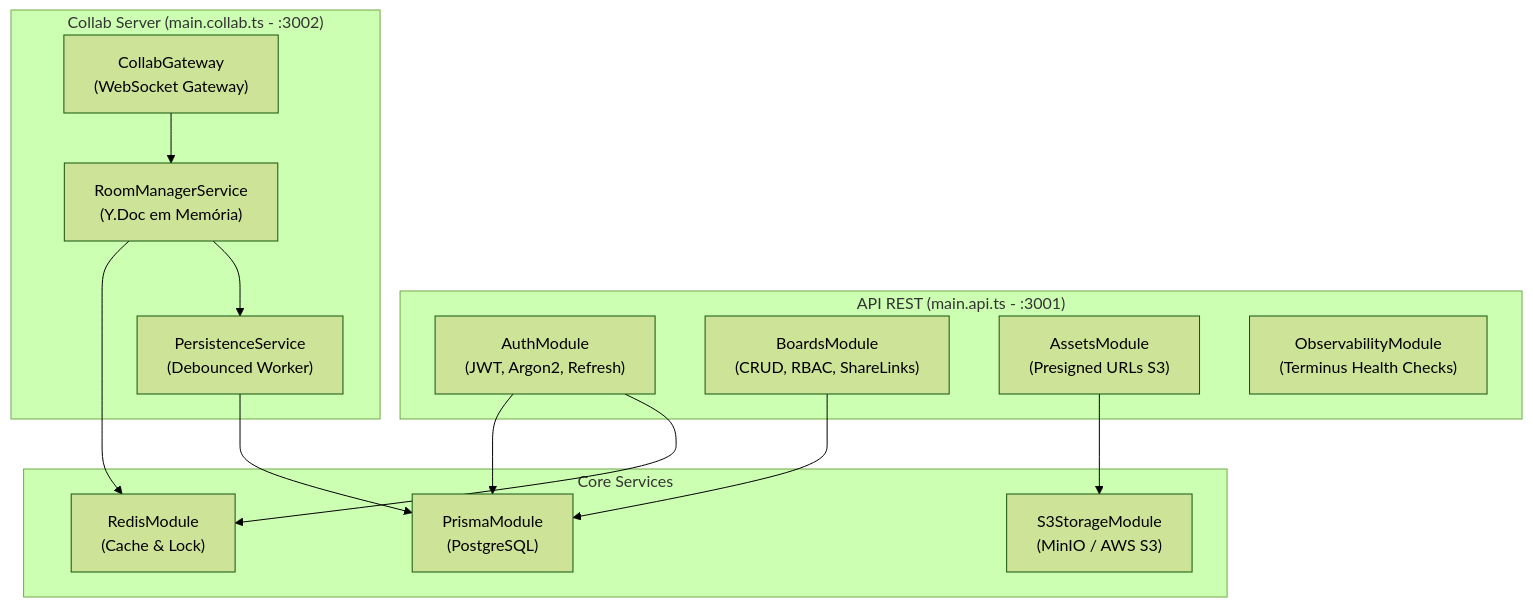
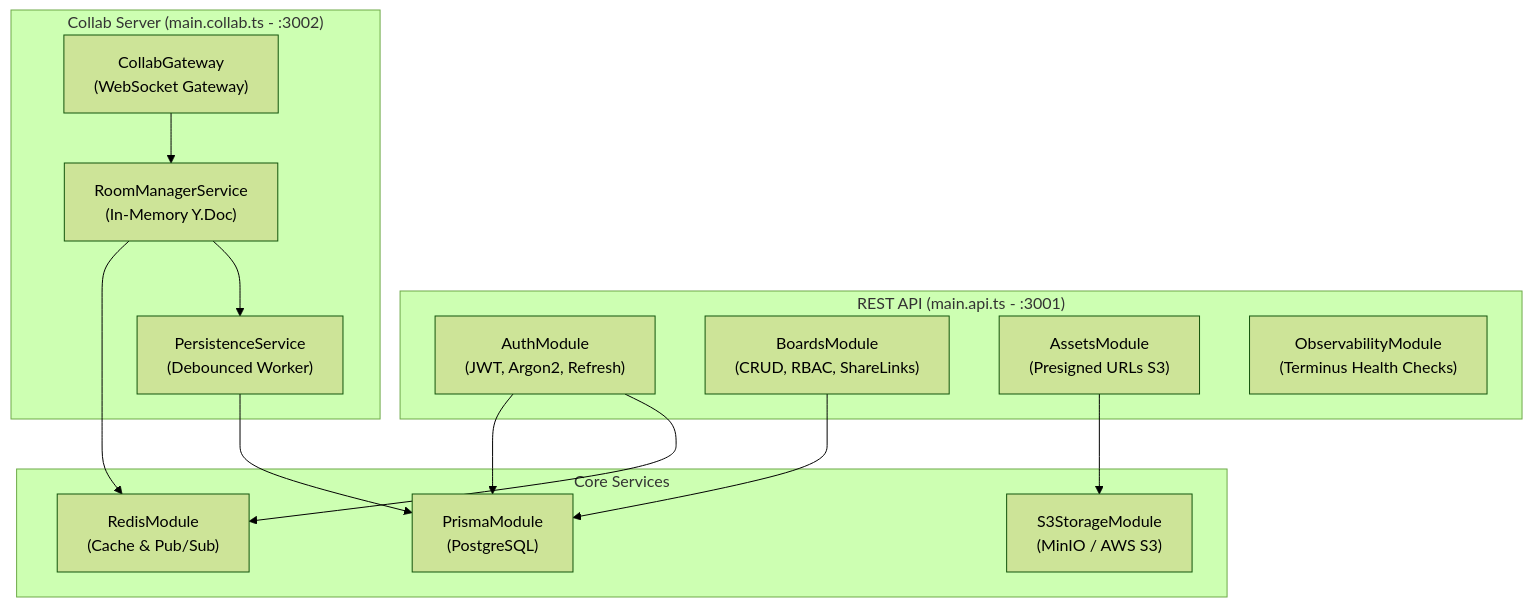
Before and after one commit to GabrielFeijo/whiteboard-backend: the diagram in README.md, drawn with Mermaid (forest theme). The commit also changed other lines of this file and 2 other files, not shown here.

````diff
--- a/README.md
+++ b/README.md
@@ -47,30 +48,30 @@
 ```mermaid
 flowchart TD
-  subgraph HTTP["API REST (main.api.ts - :3001)"]
+  subgraph HTTP["REST API (main.api.ts - :3001)"]
     AuthMod["AuthModule<br/>(JWT, Argon2, Refresh)"]
     BoardsMod["BoardsModule<br/>(CRUD, RBAC, ShareLinks)"]
     AssetsMod["AssetsModule<br/>(Presigned URLs S3)"]
     HealthMod["ObservabilityModule<br/>(Terminus Health Checks)"]
   end
 
   subgraph WS["Collab Server (main.collab.ts - :3002)"]
     CollabGateway["CollabGateway<br/>(WebSocket Gateway)"]
-    RoomManager["RoomManagerService<br/>(Y.Doc em Memória)"]
+    RoomManager["RoomManagerService<br/>(In-Memory Y.Doc)"]
     PersistService["PersistenceService<br/>(Debounced Worker)"]
   end
 
   subgraph Core["Core Services"]
     PrismaService["PrismaModule<br/>(PostgreSQL)"]
-    RedisService["RedisModule<br/>(Cache & Lock)"]
+    RedisService["RedisModule<br/>(Cache & Pub/Sub)"]
     S3Service["S3StorageModule<br/>(MinIO / AWS S3)"]
   end
 
   AuthMod --> PrismaService
   AuthMod --> RedisService
   BoardsMod --> PrismaService
   AssetsMod --> S3Service
   CollabGateway --> RoomManager
   RoomManager --> RedisService
   RoomManager --> PersistService
   PersistService --> PrismaService
 ```
````
